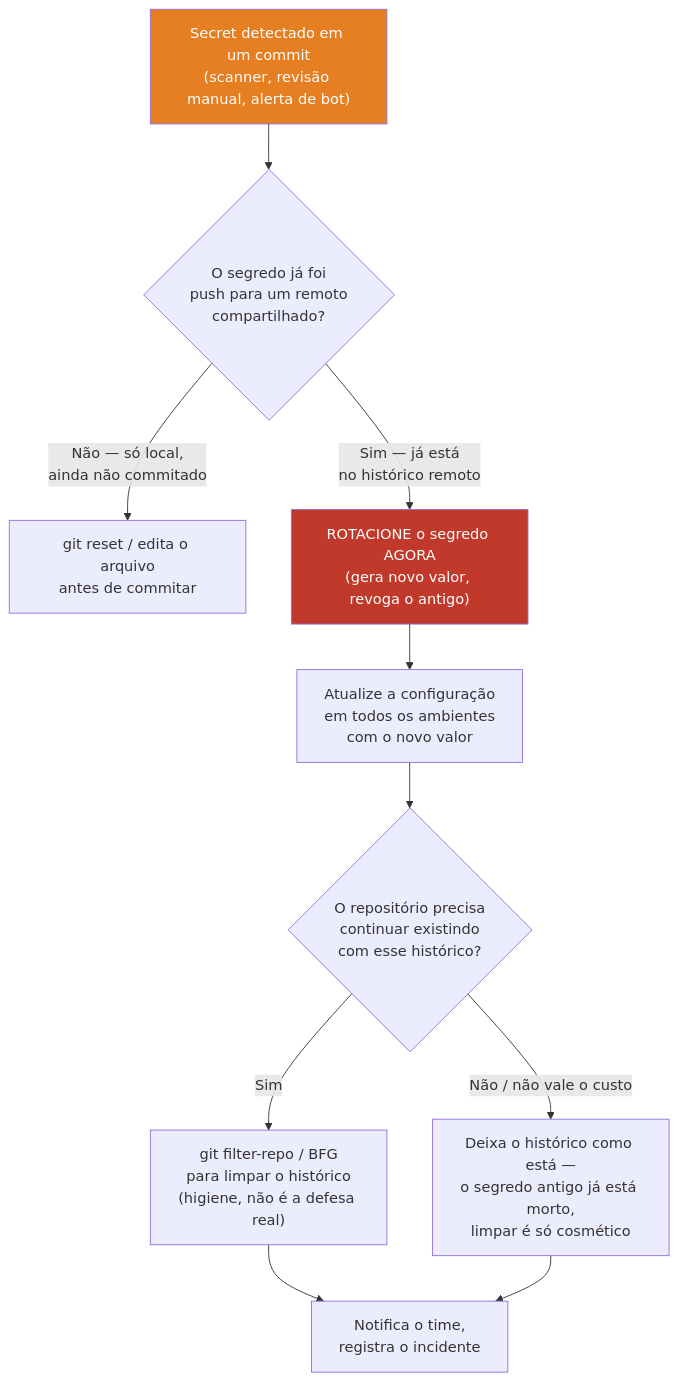
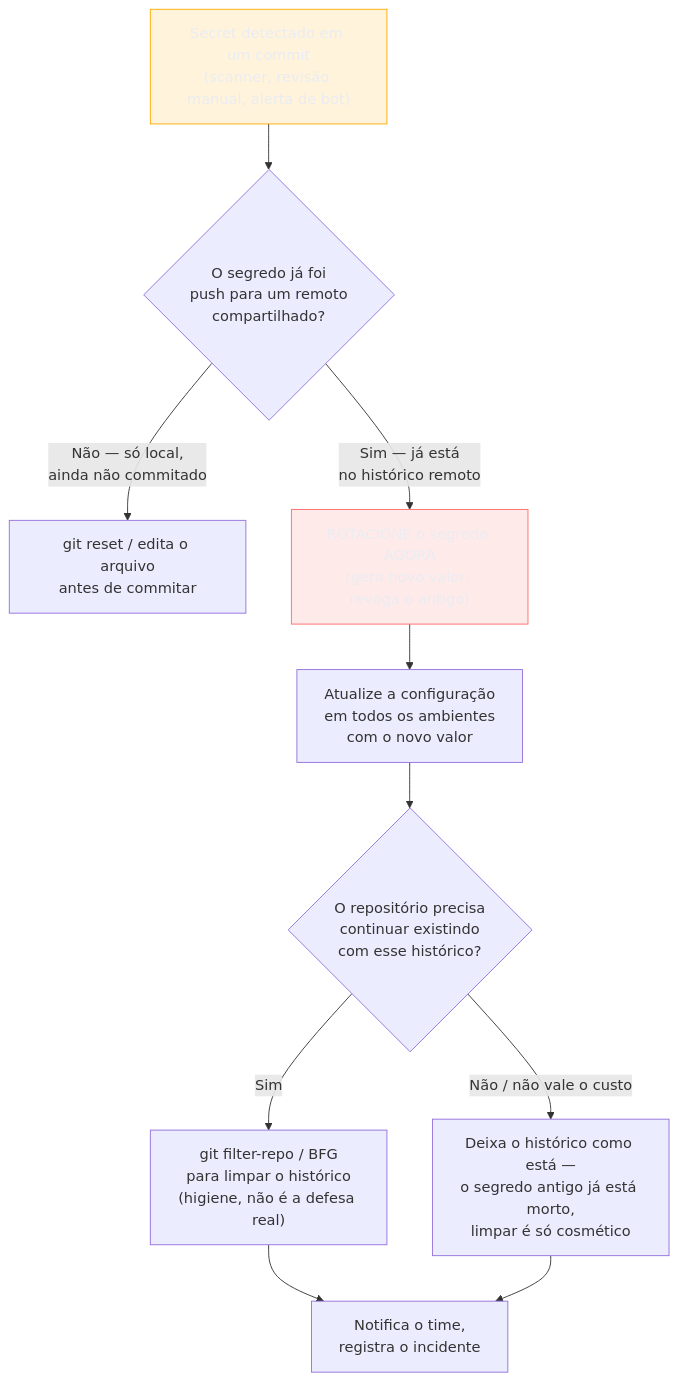
The first of 2 diagrams in 03-Dominios/Tecnologia/Python/Segurança/06 - Secrets e configuração segura.md (josenaldo/codex-technomanticus), drawn with Mermaid before and after one commit. The commit also changed 1181 other files, not shown here.

First line of the commit message:
fix(diagramas): paleta do sistema no lugar de cor cravada no markdown

````diff
--- a/03-Dominios/Tecnologia/Python/Segurança/06 - Secrets e configuração segura.md
+++ b/03-Dominios/Tecnologia/Python/Segurança/06 - Secrets e configuração segura.md
@@ -168,15 +168,17 @@
 ```mermaid
 flowchart TD
+    classDef falha fill:#FF6B6B24,stroke:#FF6B6B,color:#E9ECF2
+    classDef destaque fill:#FFAA0024,stroke:#FFAA00,color:#E9ECF2
     A["Secret detectado em um commit\n(scanner, revisão manual, alerta de bot)"] --> B{"O segredo já foi\npush para um remoto\ncompartilhado?"}
     B -->|"Não — só local,\nainda não commitado"| C["git reset / edita o arquivo\nantes de commitar"]
     B -->|"Sim — já está\nno histórico remoto"| D["ROTACIONE o segredo AGORA\n(gera novo valor, revoga o antigo)"]
     D --> E["Atualize a configuração\nem todos os ambientes\ncom o novo valor"]
     E --> F{"O repositório precisa\ncontinuar existindo\ncom esse histórico?"}
     F -->|"Sim"| G["git filter-repo / BFG\npara limpar o histórico\n(higiene, não é a defesa real)"]
     F -->|"Não / não vale o custo"| H["Deixa o histórico como está —\no segredo antigo já está morto,\nlimpar é só cosmético"]
     G --> I["Notifica o time,\nregistra o incidente"]
     H --> I
 
-    style D fill:#c0392b,color:#fff
-    style A fill:#e67e22,color:#fff
+    class D falha
+    class A destaque
 ```
````
